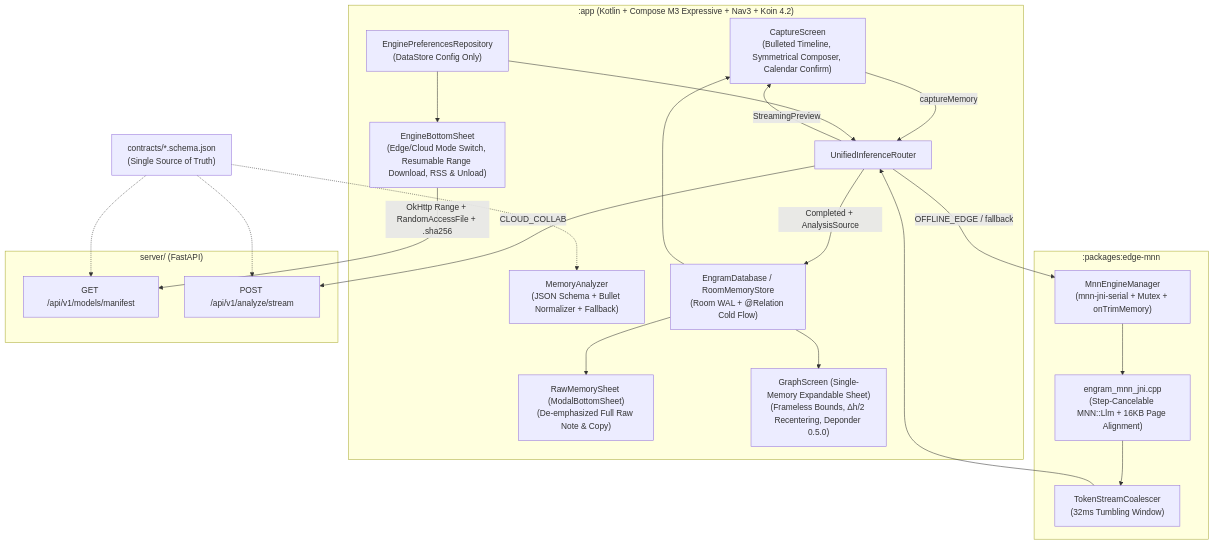
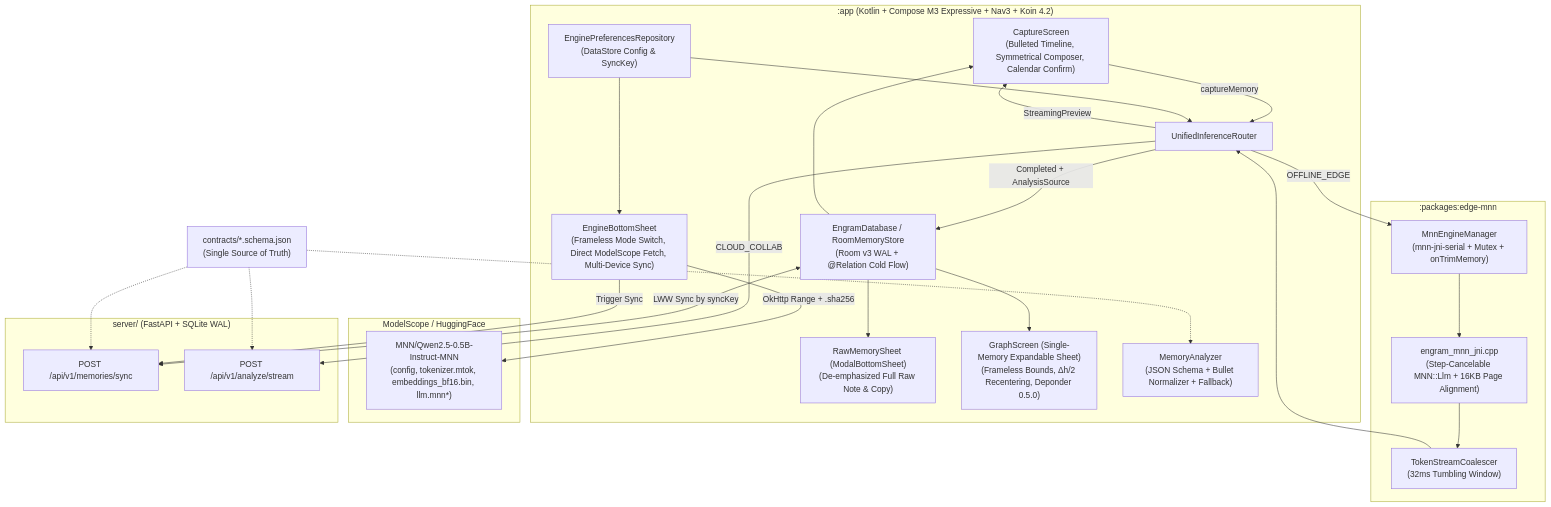
The first of 2 diagrams in docs/architecture.md (cinpeCan/Engram), drawn with Mermaid before and after one commit. The commit also changed 5 other files, not shown here.

Commit message:
docs: codify direct model mirror, multi-device sync and frameless EngineSheet rules

````diff
--- a/docs/architecture.md
+++ b/docs/architecture.md
@@ -5,42 +5,48 @@
 ```mermaid
 flowchart TB
     Contracts["contracts/*.schema.json\n(Single Source of Truth)"]
 
     subgraph AndroidApp[":app (Kotlin + Compose M3 Expressive + Nav3 + Koin 4.2)"]
         Capture["CaptureScreen\n(Bulleted Timeline, Symmetrical Composer, Calendar Confirm)"]
         RawSheet["RawMemorySheet (ModalBottomSheet)\n(De-emphasized Full Raw Note & Copy)"]
         Graph["GraphScreen (Single-Memory Expandable Sheet)\n(Frameless Bounds, Δh/2 Recentering, Deponder 0.5.0)"]
-        EngineSheet["EngineBottomSheet\n(Edge/Cloud Mode Switch, Resumable Range Download, RSS & Unload)"]
+        EngineSheet["EngineBottomSheet\n(Frameless Mode Switch, Direct ModelScope Fetch, Multi-Device Sync)"]
 
         Analyzer["MemoryAnalyzer\n(JSON Schema + Bullet Normalizer + Fallback)"]
         Router["UnifiedInferenceRouter"]
 
-        SQLite["EngramDatabase / RoomMemoryStore\n(Room WAL + @Relation Cold Flow)"]
-        Prefs["EnginePreferencesRepository\n(DataStore Config Only)"]
+        SQLite["EngramDatabase / RoomMemoryStore\n(Room v3 WAL + @Relation Cold Flow)"]
+        Prefs["EnginePreferencesRepository\n(DataStore Config & SyncKey)"]
     end
 
     subgraph EdgeRuntime[":packages:edge-mnn"]
         Manager["MnnEngineManager\n(mnn-jni-serial + Mutex + onTrimMemory)"]
         Coalescer["TokenStreamCoalescer\n(32ms Tumbling Window)"]
         JNI["engram_mnn_jni.cpp\n(Step-Cancelable MNN::Llm + 16KB Page Alignment)"]
     end
 
-    subgraph Gateway["server/ (FastAPI)"]
-        Manifest["GET /api/v1/models/manifest"]
+    subgraph OpenSourceCDN["ModelScope / HuggingFace"]
+        Weights["MNN/Qwen2.5-0.5B-Instruct-MNN\n(config, tokenizer.mtok, embeddings_bf16.bin, llm.mnn*)"]
+    end
+
+    subgraph Gateway["server/ (FastAPI + SQLite WAL)"]
+        Sync["POST /api/v1/memories/sync"]
         SSE["POST /api/v1/analyze/stream"]
     end
 
     Capture -->|captureMemory| Router
     Router -->|StreamingPreview| Capture
     Router -->|CLOUD_COLLAB| SSE
-    Router -->|OFFLINE_EDGE / fallback| Manager
+    Router -->|OFFLINE_EDGE| Manager
     Router -->|Completed + AnalysisSource| SQLite
     SQLite --> Capture
     SQLite --> RawSheet
     SQLite --> Graph
-    EngineSheet -->|OkHttp Range + RandomAccessFile + .sha256| Manifest
+    SQLite <-->|LWW Sync by syncKey| Sync
+    EngineSheet -->|OkHttp Range + .sha256| Weights
+    EngineSheet -->|Trigger Sync| Sync
     Manager --> JNI
     JNI --> Coalescer --> Router
-    Contracts -.-> Analyzer & Manifest & SSE
+    Contracts -.-> Analyzer & Sync & SSE
     Prefs --> Router & EngineSheet
 ```
````
